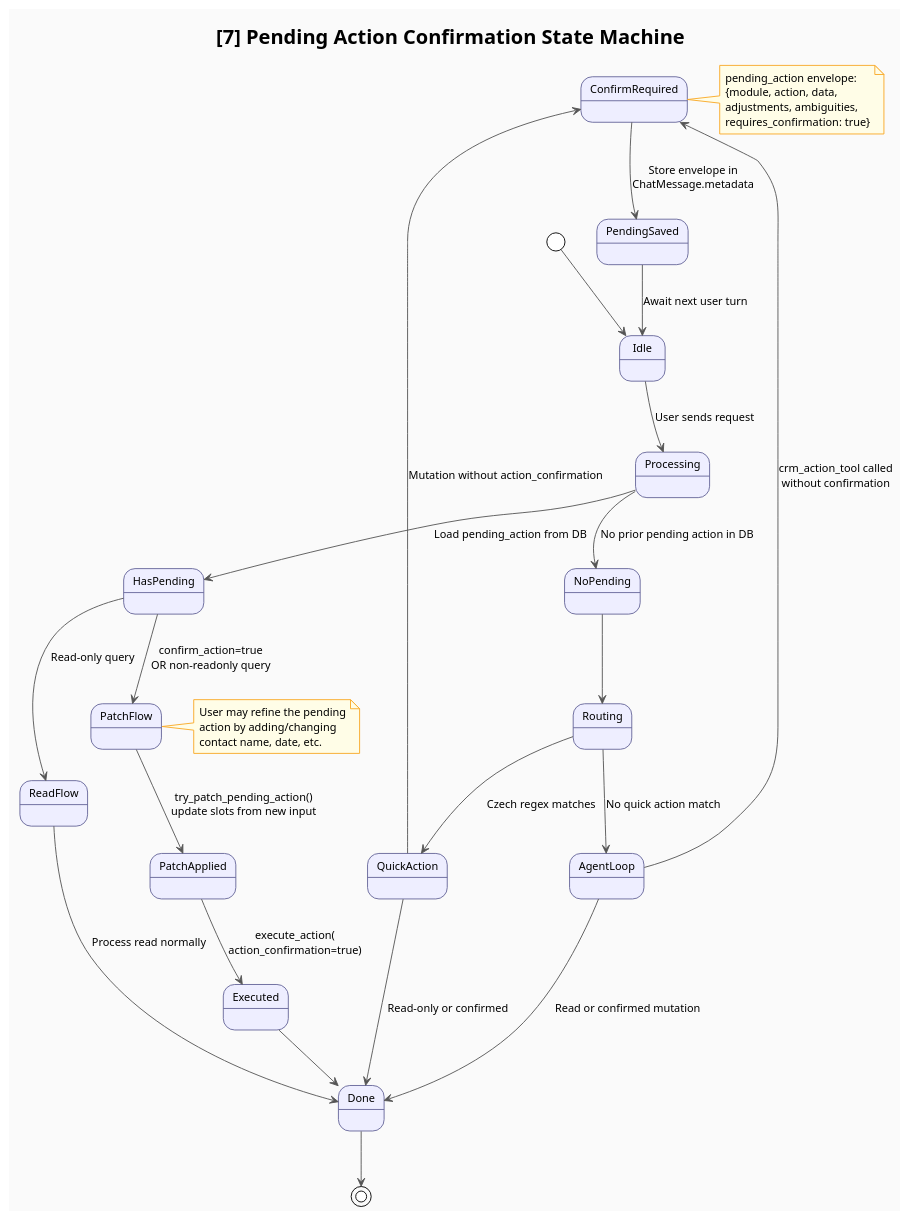
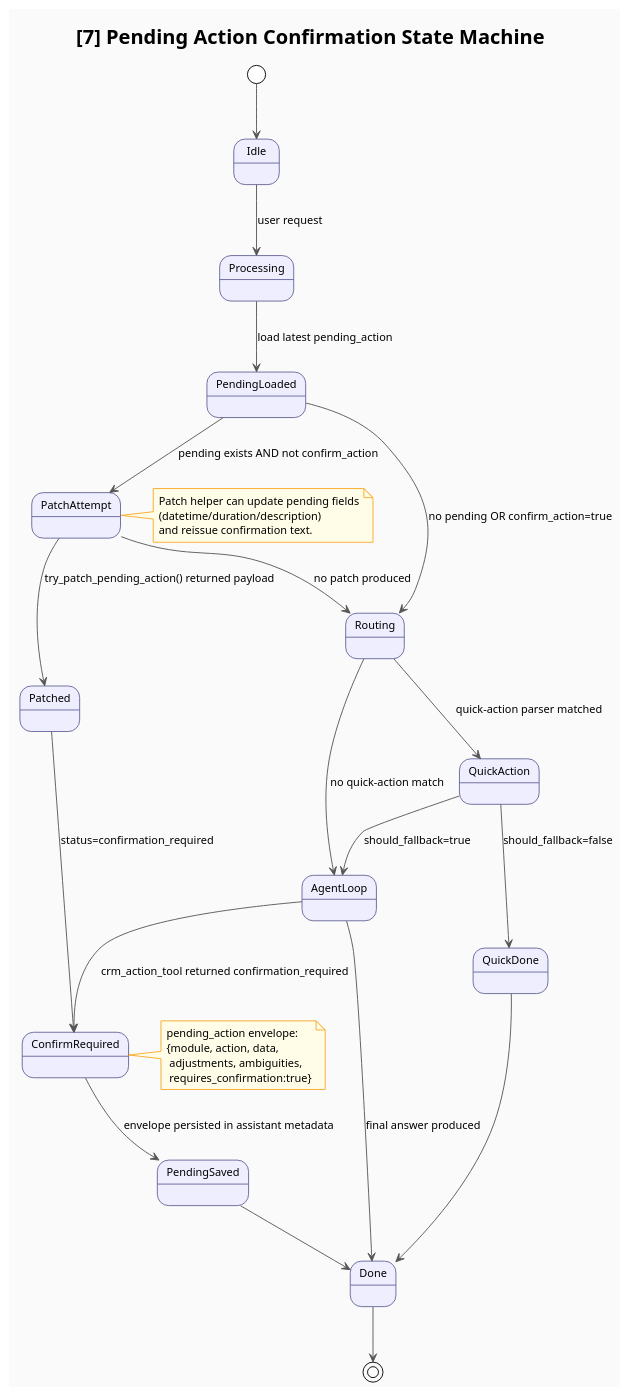
One commit to kovarjan/talk2crm changed the seventh of 8 diagrams in docs/workflows.puml. Above: the diagram before and after it, drawn with PlantUML. The commit also changed other lines of this file and 49 other files, not shown here.

```diff
--- a/docs/workflows.puml
+++ b/docs/workflows.puml
@@ -394,57 +373,52 @@
 @startuml diagram_7_pending_action_states
 !theme plain
 skinparam defaultFontSize 12
 skinparam ArrowColor #555
 skinparam BackgroundColor #FAFAFA
 skinparam NoteBackgroundColor #FFFDE7
 skinparam NoteBorderColor #F9A825
 skinparam StateBackgroundColor #EEF
 skinparam StateBorderColor #669
 
 title [7] Pending Action Confirmation State Machine
 
 [*] --> Idle
+Idle --> Processing : user request
 
-Idle --> Processing : User sends request
+Processing --> PendingLoaded : load latest pending_action
 
-Processing --> NoPending : No prior pending action in DB
-Processing --> HasPending : Load pending_action from DB
+PendingLoaded --> PatchAttempt : pending exists AND not confirm_action
+PatchAttempt --> Patched : try_patch_pending_action() returned payload
+PatchAttempt --> Routing : no patch produced
+PendingLoaded --> Routing : no pending OR confirm_action=true
 
-NoPending --> Routing
-HasPending --> PatchFlow : confirm_action=true\nOR non-readonly query
-HasPending --> ReadFlow : Read-only query
+Patched --> ConfirmRequired : status=confirmation_required
 
-Routing --> QuickAction : Czech regex matches
-Routing --> AgentLoop : No quick action match
+Routing --> QuickAction : quick-action parser matched
+Routing --> AgentLoop : no quick-action match
 
-QuickAction --> ConfirmRequired : Mutation without action_confirmation
-QuickAction --> Done : Read-only or confirmed
+QuickAction --> QuickDone : should_fallback=false
+QuickAction --> AgentLoop : should_fallback=true
 
-AgentLoop --> ConfirmRequired : crm_action_tool called\nwithout confirmation
-AgentLoop --> Done : Read or confirmed mutation
+AgentLoop --> ConfirmRequired : crm_action_tool returned confirmation_required
+AgentLoop --> Done : final answer produced
 
-ConfirmRequired --> PendingSaved : Store envelope in\nChatMessage.metadata
+ConfirmRequired --> PendingSaved : envelope persisted in assistant metadata
+PendingSaved --> Done
 
-PendingSaved --> Idle : Await next user turn
-
-PatchFlow --> PatchApplied : try_patch_pending_action()\nupdate slots from new input
-PatchApplied --> Executed : execute_action(\naction_confirmation=true)
-Executed --> Done
-
-ReadFlow --> Done : Process read normally
-
+QuickDone --> Done
 Done --> [*]
 
 note right of ConfirmRequired
   pending_action envelope:
   {module, action, data,
-  adjustments, ambiguities,
-  requires_confirmation: true}
+   adjustments, ambiguities,
+   requires_confirmation:true}
 end note
 
-note right of PatchFlow
-  User may refine the pending
-  action by adding/changing
-  contact name, date, etc.
+note right of PatchAttempt
+  Patch helper can update pending fields
+  (datetime/duration/description)
+  and reissue confirmation text.
 end note
 @enduml
```
